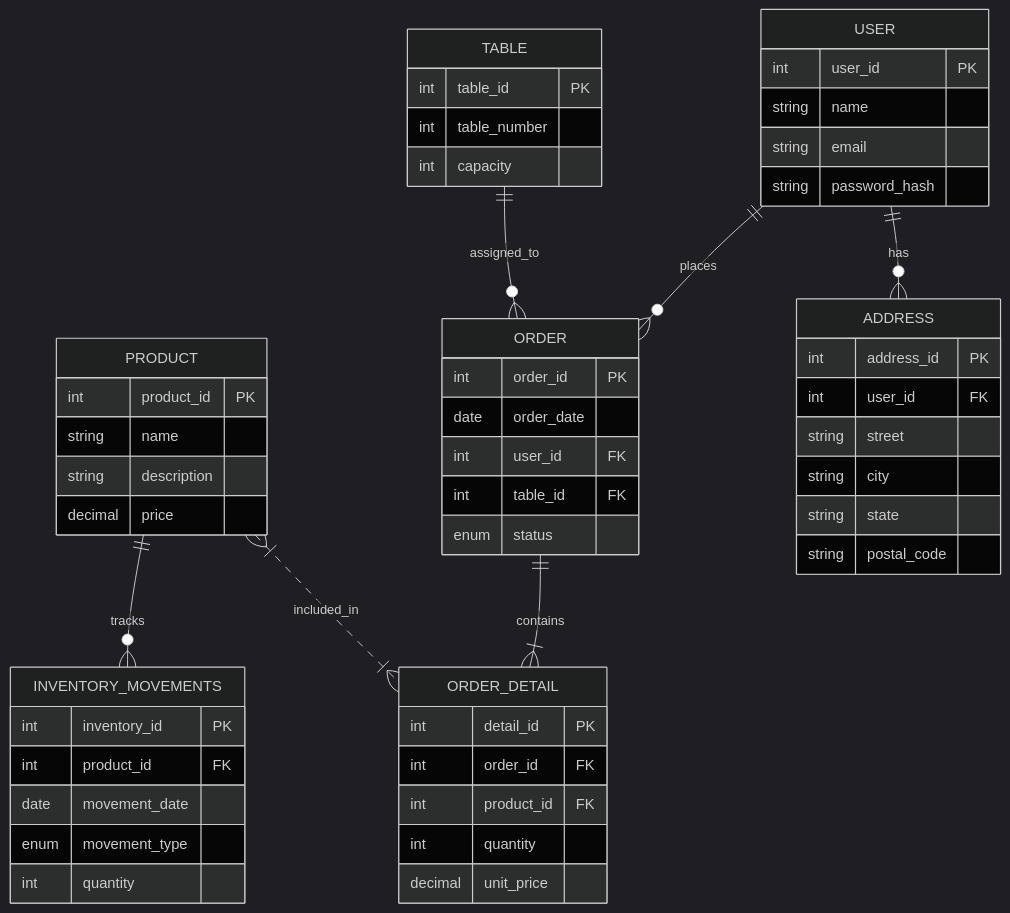
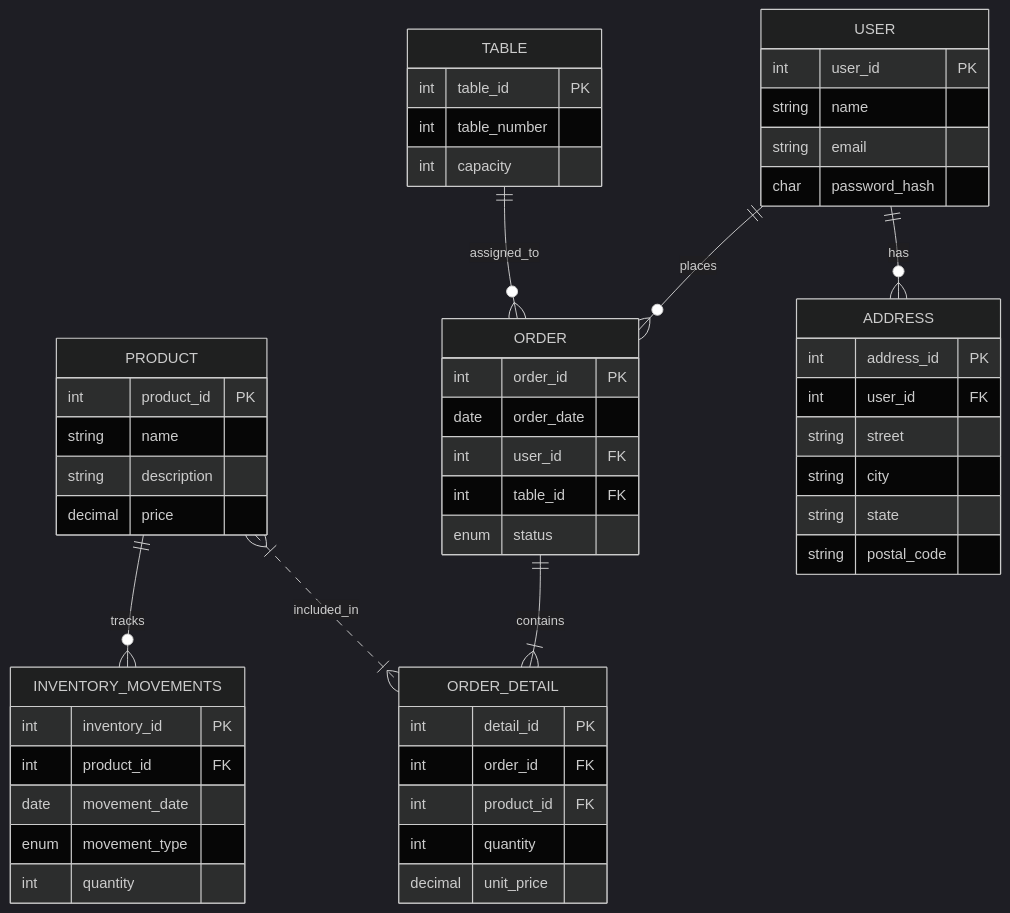
Before and after one commit to AndersonVazquezDelaluz/cbtis47-db-project-salchichasparrita-2026: the diagram in docs/erd_diagram.mmd, drawn with Mermaid (dark theme).

```diff
--- a/docs/erd_diagram.mmd
+++ b/docs/erd_diagram.mmd
@@ -1,60 +1,60 @@
 erDiagram
     USER ||--o{ ORDER : places
     TABLE ||--o{ ORDER : assigned_to
     PRODUCT ||--o{ INVENTORY_MOVEMENTS:tracks
     ORDER ||--|{ ORDER_DETAIL : contains
     PRODUCT }|..|{  ORDER_DETAIL : included_in
     USER ||--o{ ADDRESS : has
     
 
     USER {
     int user_id PK
     string name
     string email
-    string password_hash
+    char password_hash
     }
 
     ADDRESS {
         int address_id PK
         int user_id FK
         string street
         string city
         string state
         string postal_code
     }
 
     TABLE {
         int table_id PK
         int table_number
         int capacity
     }
 
     ORDER {
         int order_id PK
         date order_date
         int user_id FK
         int table_id FK
         enum status
     }
 
     ORDER_DETAIL {
         int detail_id PK
         int order_id FK
         int product_id FK
         int quantity
         decimal unit_price
     }
 
     PRODUCT {
         int product_id PK
         string name
         string description
         decimal price
     }
     INVENTORY_MOVEMENTS{
         int inventory_id PK
         int product_id FK
         date movement_date
         enum movement_type
         int quantity
     }
```
